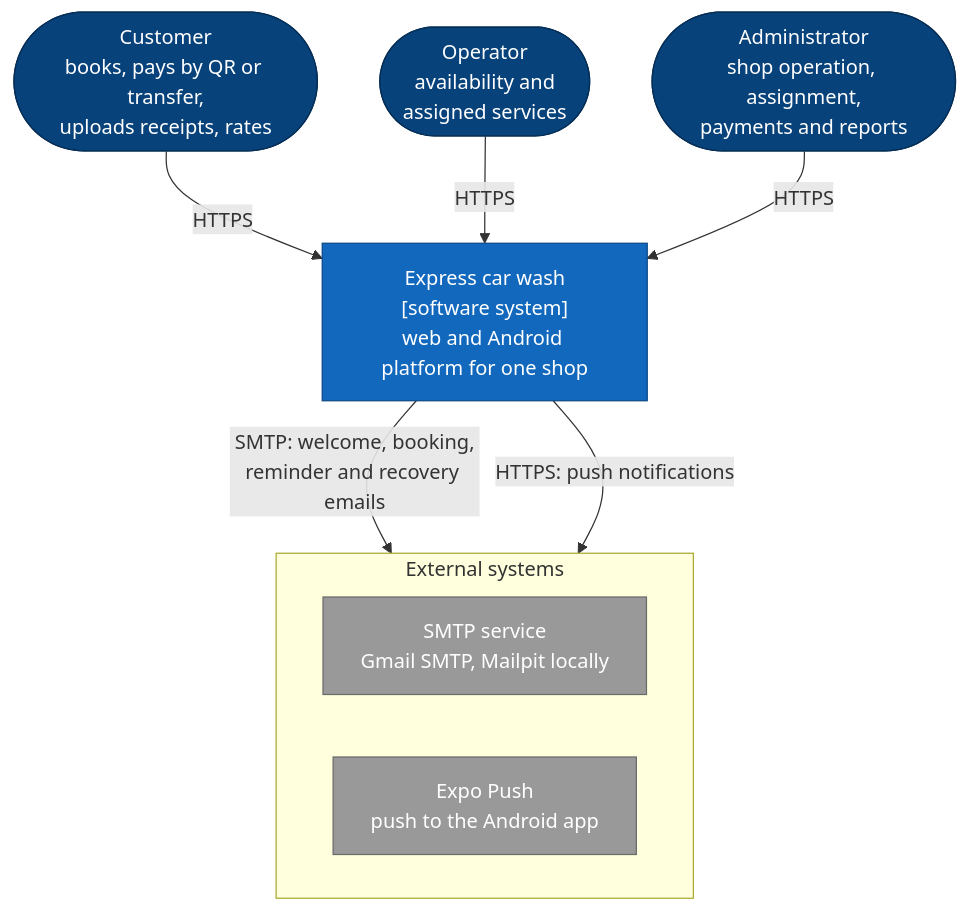
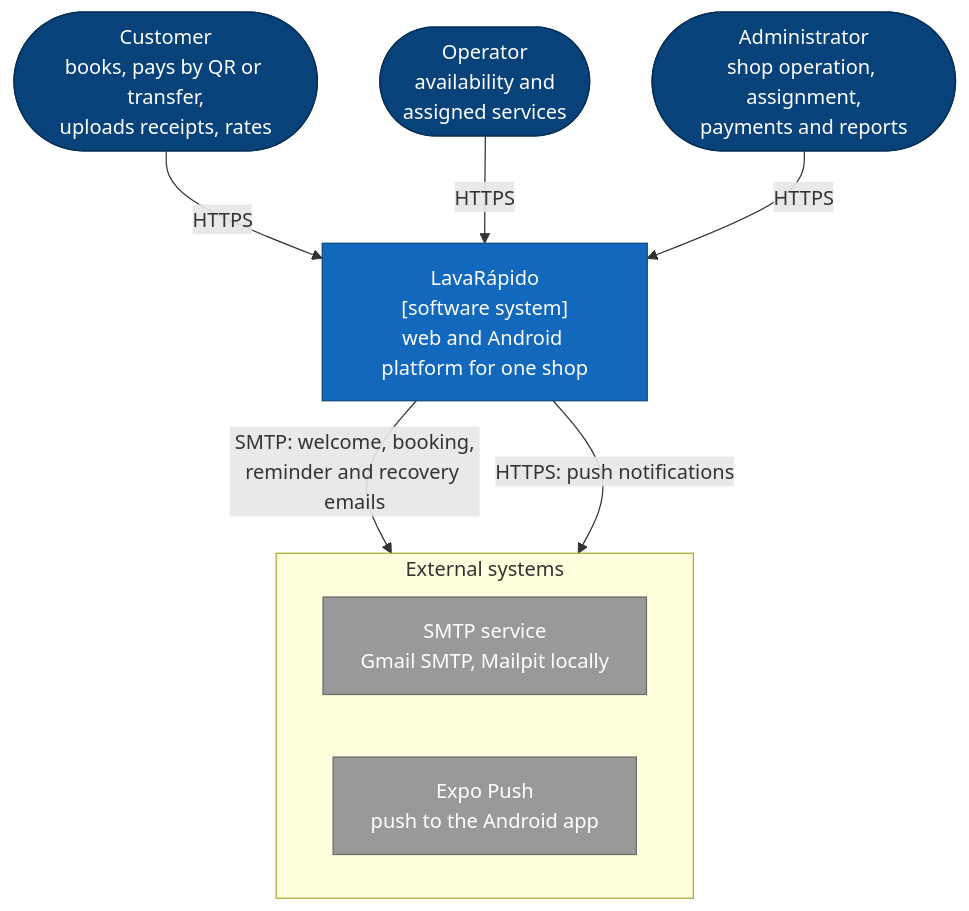
The first of 2 diagrams in 05-architecture/overview.md (code-sena/vehicle-w-docs), drawn with Mermaid before and after one commit. The commit also changed other lines of this file and 6 other files, not shown here.

First line of the commit message:
docs(context): call the product LavaRápido, record v1.0.0 in 8 repositories and remove the demo and development passwords

````diff
--- a/05-architecture/overview.md
+++ b/05-architecture/overview.md
@@ -70,21 +70,21 @@
 ```mermaid
 flowchart TB
     customer(["Customer<br/>books, pays by QR or transfer,<br/>uploads receipts, rates"]):::person
     operator(["Operator<br/>availability and<br/>assigned services"]):::person
     admin(["Administrator<br/>shop operation, assignment,<br/>payments and reports"]):::person
-    carwash["Express car wash<br/>[software system]<br/>web and Android platform for one shop"]:::system
+    carwash["LavaRápido<br/>[software system]<br/>web and Android platform for one shop"]:::system
     subgraph ext[External systems]
         direction LR
         smtp["SMTP service<br/>Gmail SMTP, Mailpit locally"]:::ext
         expo["Expo Push<br/>push to the Android app"]:::ext
     end
     customer -- "HTTPS" --> carwash
     operator -- "HTTPS" --> carwash
     admin -- "HTTPS" --> carwash
     carwash -- "SMTP: welcome, booking,<br/>reminder and recovery emails" --> smtp
     carwash -- "HTTPS: push notifications" --> expo
 
     classDef person fill:#08427b,color:#fff,stroke:#052e56
     classDef system fill:#1168bd,color:#fff,stroke:#0b4884
     classDef ext fill:#999,color:#fff,stroke:#6b6b6b
 ```
````
